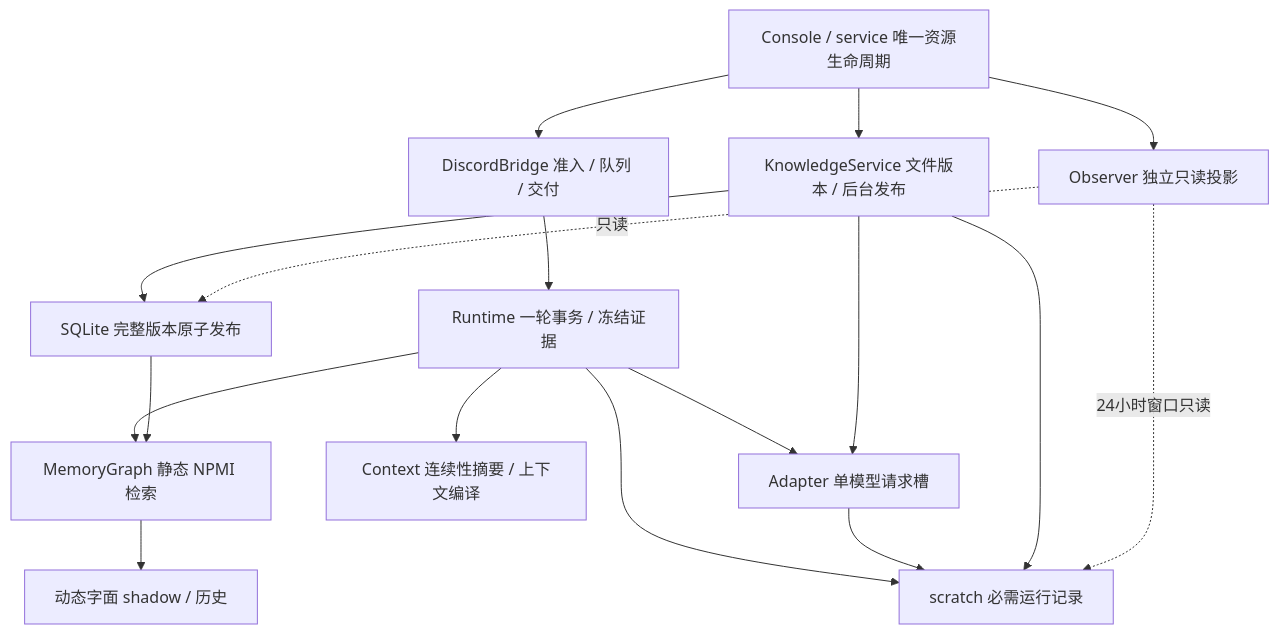
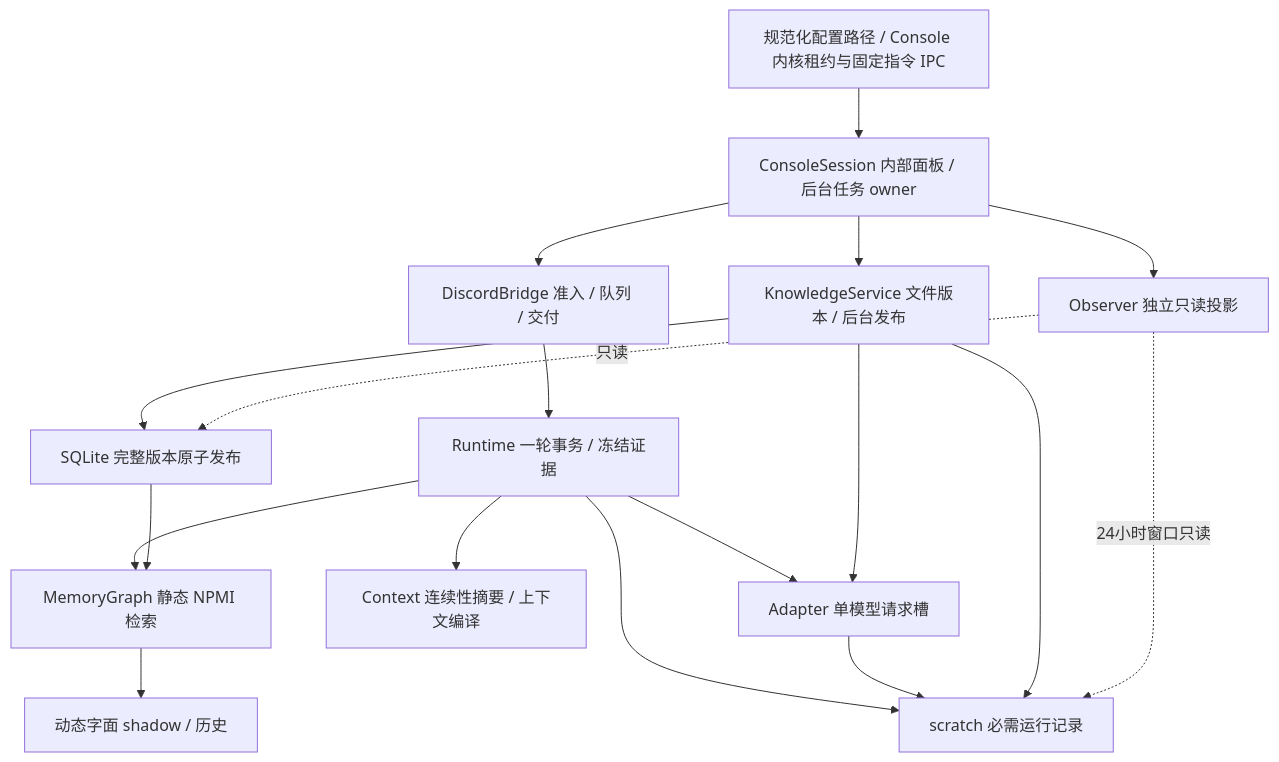
The diagram in docs/ARCHITECTURE.md (simulacrum0112-afk/Indeces_memory_manager), drawn with Mermaid before and after one commit. The commit also changed other lines of this file and 55 other files, not shown here.

````diff
--- a/docs/ARCHITECTURE.md
+++ b/docs/ARCHITECTURE.md
@@ -11,19 +11,20 @@
 ```mermaid
 flowchart TD
-    S[Console / service 唯一资源生命周期] --> D[DiscordBridge 准入 / 队列 / 交付]
+    I[规范化配置路径 / Console 内核租约与固定指令 IPC] --> S[ConsoleSession 内部面板 / 后台任务 owner]
+    S --> D[DiscordBridge 准入 / 队列 / 交付]
     S --> K[KnowledgeService 文件版本 / 后台发布]
     S --> O[Observer 独立只读投影]
     D --> R[Runtime 一轮事务 / 冻结证据]
     R --> M[MemoryGraph 静态 NPMI 检索]
     R --> C[Context 连续性摘要 / 上下文编译]
     R --> A[Adapter 单模型请求槽]
     K --> A
     K --> P[SQLite 完整版本原子发布]
     P --> M
     M --> H[动态字面 shadow / 历史]
     R --> L[scratch 必需运行记录]
     A --> L
     K --> L
     O -.只读.-> P
     O -.24小时窗口只读.-> L
 ```
````
